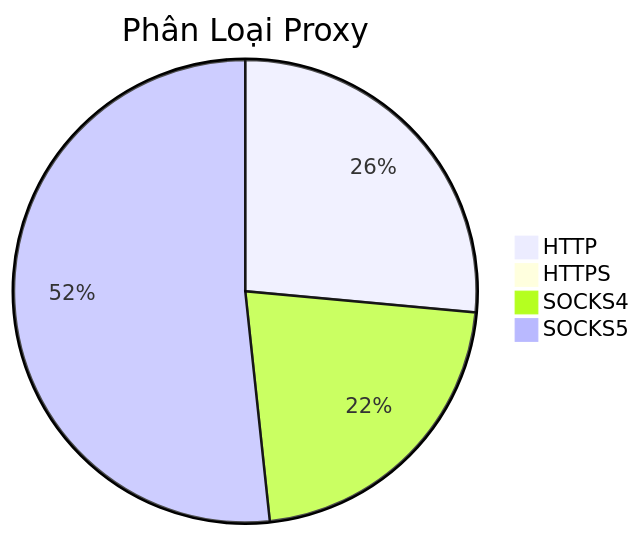
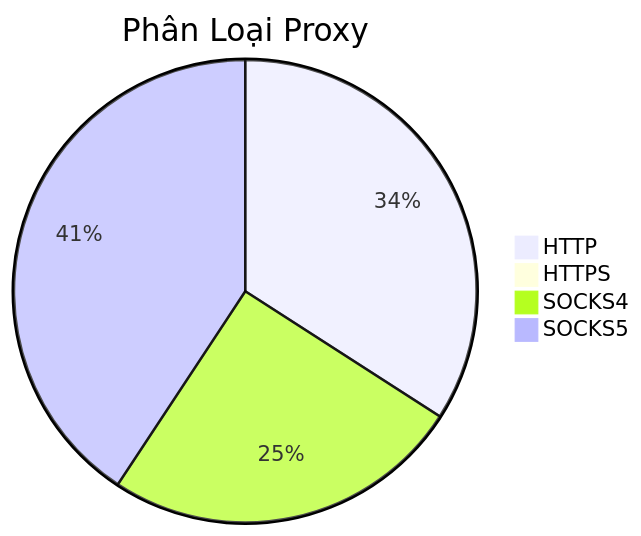
The diagram in README.md (Ciara-12/PROXY-free), drawn with Mermaid before and after one commit. The commit also changed other lines of this file and 4 other files, not shown here.

````diff
--- a/README.md
+++ b/README.md
@@ -26,7 +26,7 @@
 ```mermaid
 pie title Phân Loại Proxy
-    "HTTP" : 367
-    "HTTPS" : 0
-    "SOCKS4" : 303
-    "SOCKS5" : 717
+    "HTTP" : 417
+    "HTTPS" : 3
+    "SOCKS4" : 308
+    "SOCKS5" : 498
 ```
````
